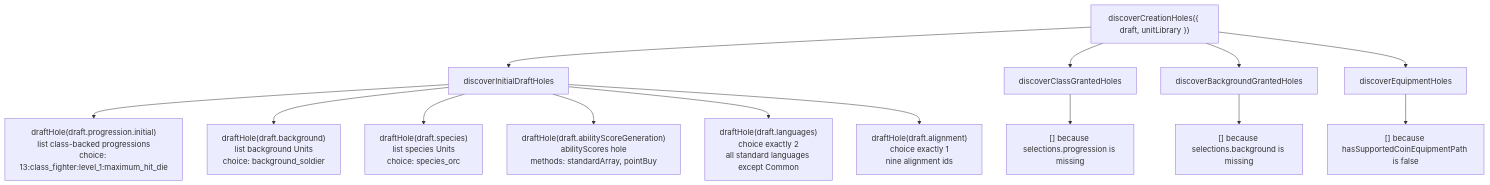
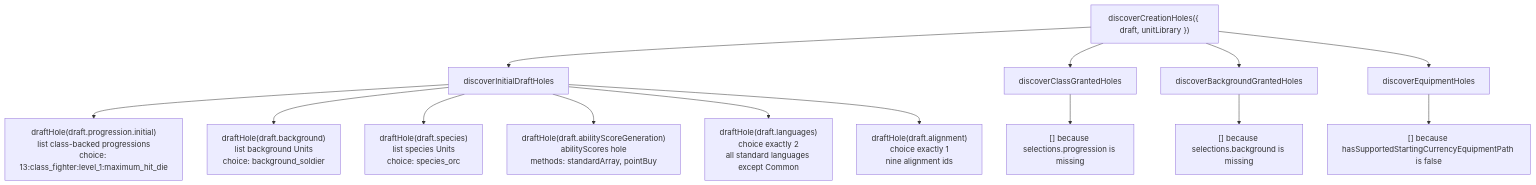
The third of 10 diagrams in packages/character-creation-runtime/EXPLANATORY_TIME_DIAGRAM.md (dearlordylord/5e-quint), drawn with Mermaid before and after one commit. The commit also changed other lines of this file and 12 other files, not shown here.

Commit message:
fix(character-creation): bridge starting currency to rule core

````diff
--- a/packages/character-creation-runtime/EXPLANATORY_TIME_DIAGRAM.md
+++ b/packages/character-creation-runtime/EXPLANATORY_TIME_DIAGRAM.md
@@ -224,24 +224,24 @@
 ```mermaid
 flowchart TD
   Discover["discoverCreationHoles({ draft, unitLibrary })"]
   Initial["discoverInitialDraftHoles"]
   Class["discoverClassGrantedHoles"]
   Background["discoverBackgroundGrantedHoles"]
   Equipment["discoverEquipmentHoles"]
 
   Discover --> Initial
   Discover --> Class
   Discover --> Background
   Discover --> Equipment
 
   Initial --> Progression["draftHole(draft.progression.initial)<br/>list class-backed progressions<br/>choice: 13:class_fighter:level_1:maximum_hit_die"]
   Initial --> Bg["draftHole(draft.background)<br/>list background Units<br/>choice: background_soldier"]
   Initial --> Species["draftHole(draft.species)<br/>list species Units<br/>choice: species_orc"]
   Initial --> Scores["draftHole(draft.abilityScoreGeneration)<br/>abilityScores hole<br/>methods: standardArray, pointBuy"]
   Initial --> Lang["draftHole(draft.languages)<br/>choice exactly 2<br/>all standard languages except Common"]
   Initial --> Align["draftHole(draft.alignment)<br/>choice exactly 1<br/>nine alignment ids"]
 
   Class --> NoClass["[] because selections.progression is missing"]
   Background --> NoBg["[] because selections.background is missing"]
-  Equipment --> NoEquip["[] because hasSupportedCoinEquipmentPath is false"]
+  Equipment --> NoEquip["[] because hasSupportedStartingCurrencyEquipmentPath is false"]
 ```
````
